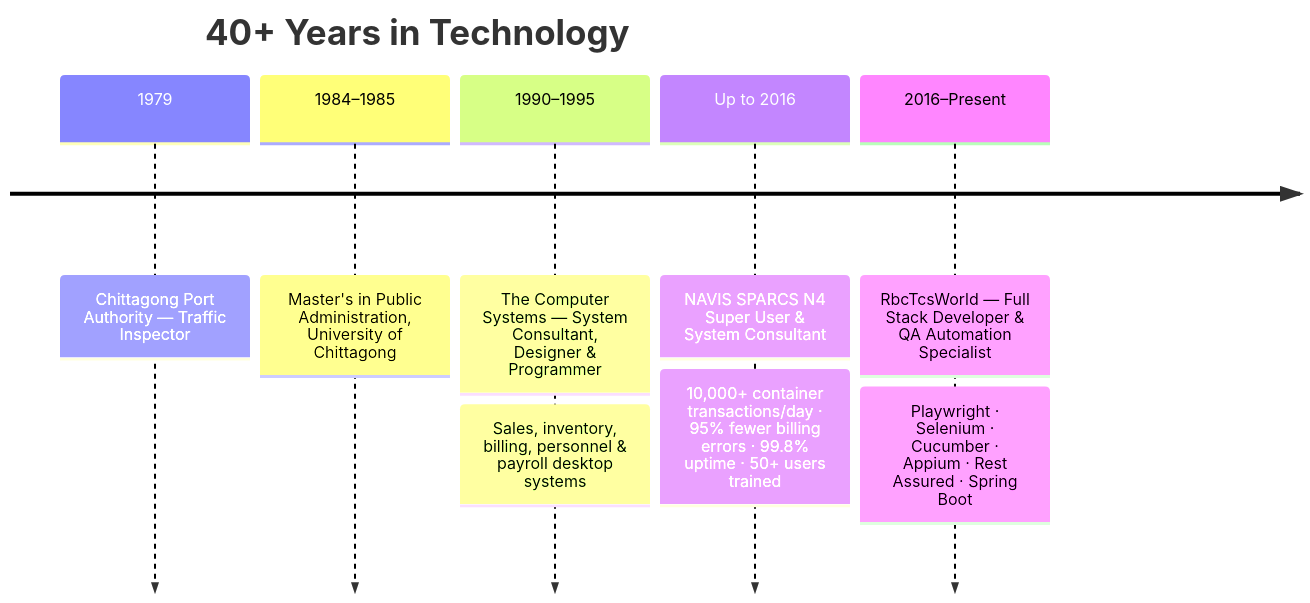
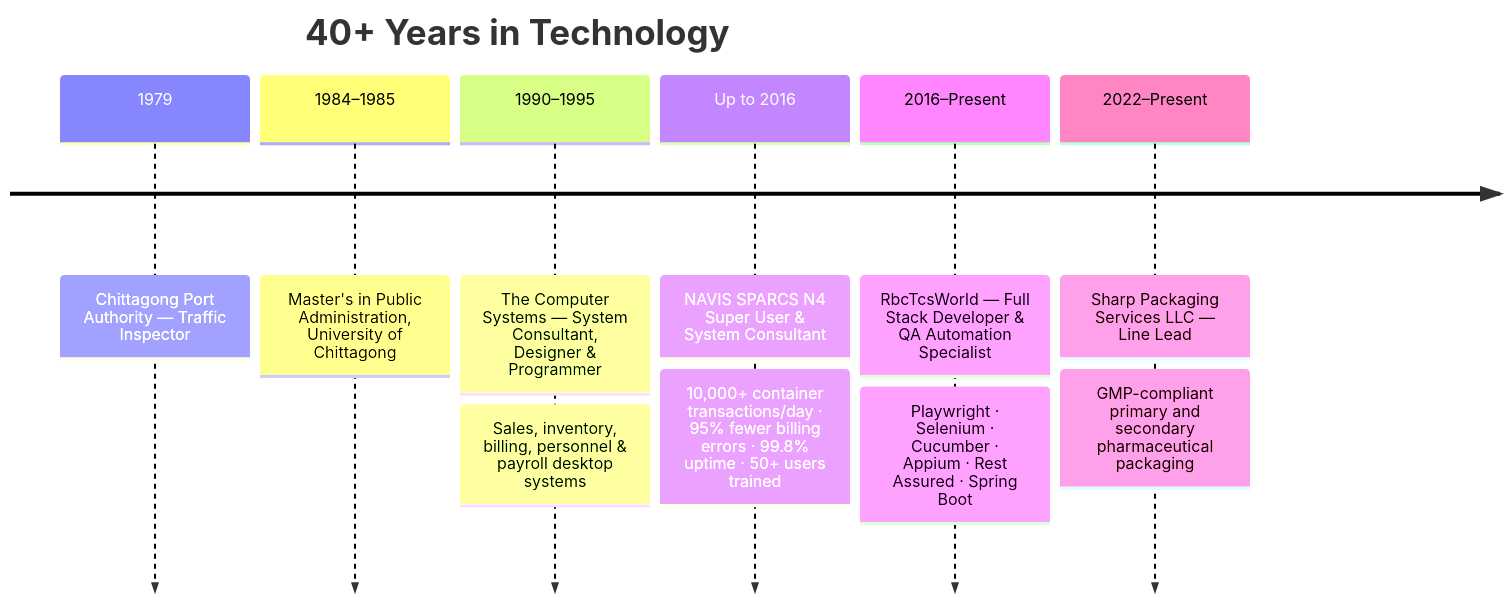
One commit to rbchy/rbchy changed the fifth of 5 diagrams in README.md. Above: the diagram before and after it, drawn with Mermaid. The commit also changed other lines of this file and 1 other file, not shown here.

First line of the commit message:
Career: Sharp Packaging Services LLC, Line Lead (June 2022-present), on the site and in the README

````diff
--- a/README.md
+++ b/README.md
@@ -563,12 +563,14 @@
 ```mermaid
 timeline
     title 40+ Years in Technology
     1979 : Chittagong Port Authority — Traffic Inspector
     1984–1985 : Master's in Public Administration, University of Chittagong
     1990–1995 : The Computer Systems — System Consultant, Designer & Programmer
               : Sales, inventory, billing, personnel & payroll desktop systems
     Up to 2016 : NAVIS SPARCS N4 Super User & System Consultant
                : 10,000+ container transactions/day · 95% fewer billing errors · 99.8% uptime · 50+ users trained
     2016–Present : RbcTcsWorld — Full Stack Developer & QA Automation Specialist
                  : Playwright · Selenium · Cucumber · Appium · Rest Assured · Spring Boot
+    2022–Present : Sharp Packaging Services LLC — Line Lead
+                 : GMP-compliant primary and secondary pharmaceutical packaging
 ```
````
